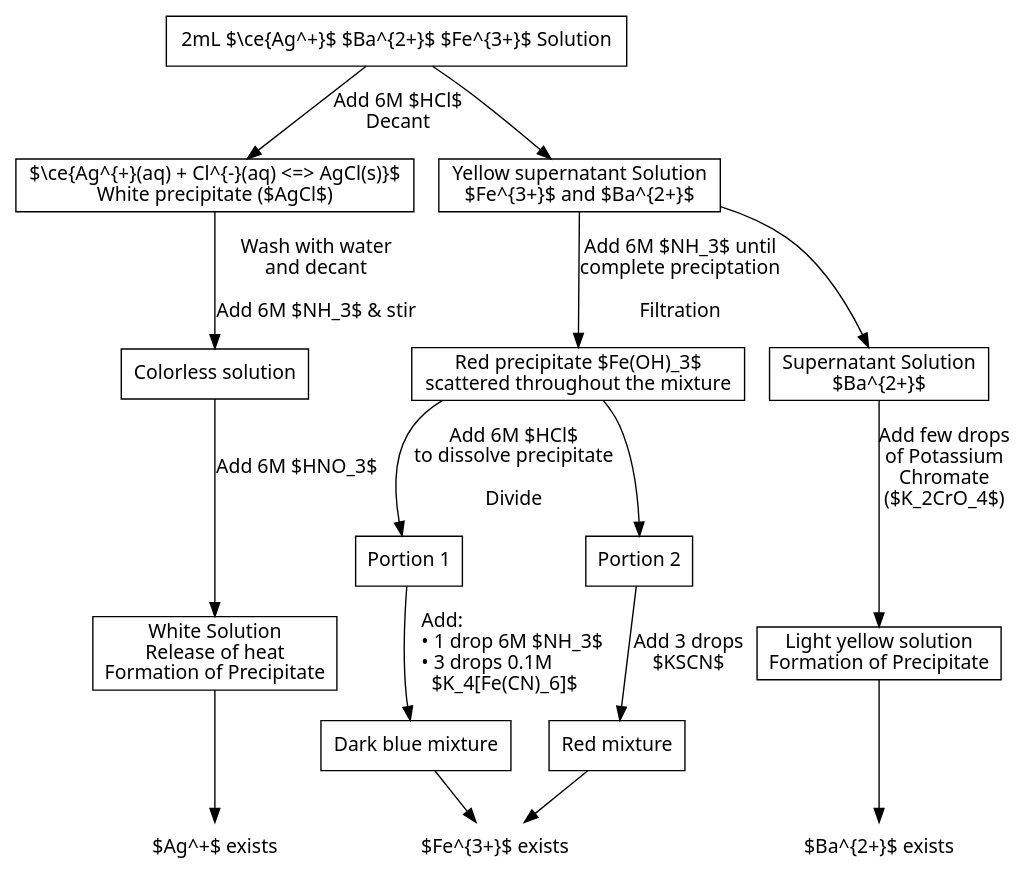
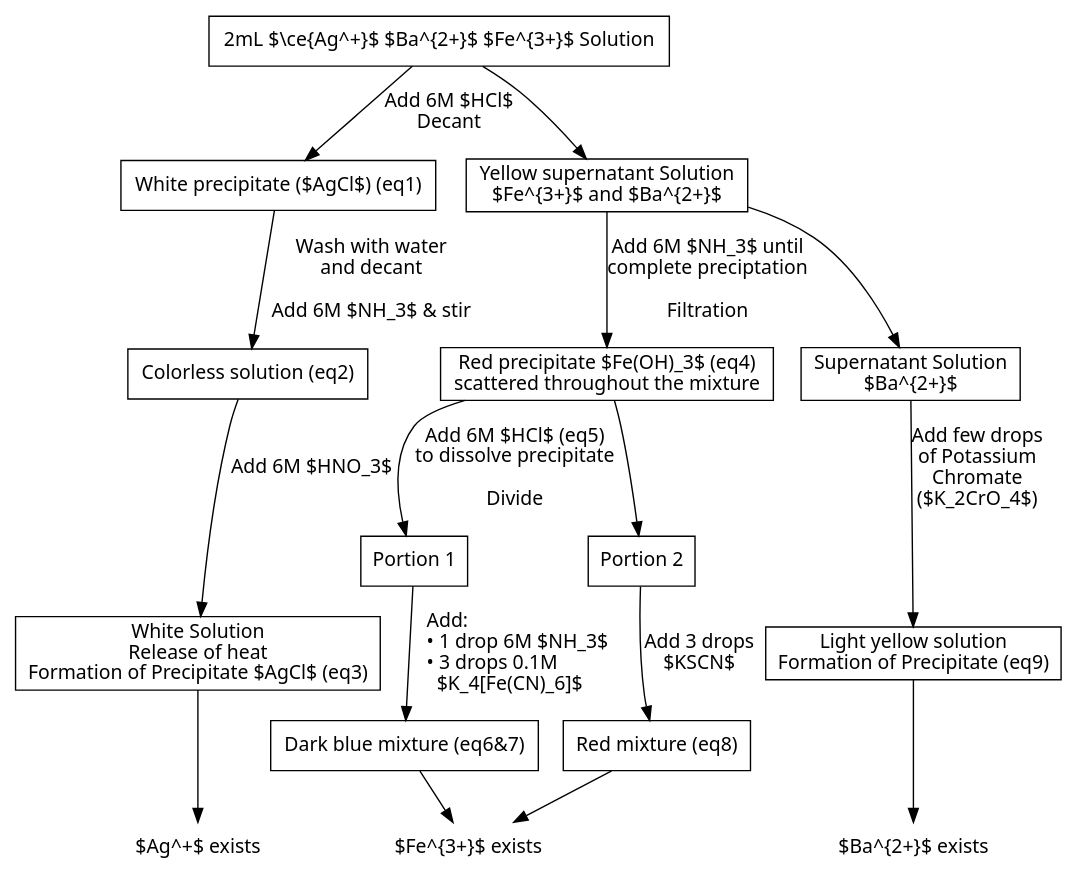
One commit to AlyamanMas/chem241l-00301s changed the diagram in scheme-graph.dot. Above: the diagram before and after it, drawn with Graphviz. The commit also changed 1 other file, not shown here.

```diff
--- a/scheme-graph.dot
+++ b/scheme-graph.dot
@@ -1,56 +1,56 @@
 digraph html {
   node [shape=record fontname="sans"];
   edge [fontname="sans"];
   og [label="2mL $\\ce\{Ag^+\}$ $Ba^\{2+\}$ $Fe^\{3+\}$ Solution"];
 
 
-  ag_p [label="$\\ce\{Ag^\{+\}(aq) + Cl^\{-\}(aq) \<=\> AgCl(s)\}$\nWhite precipitate ($AgCl$)"];
-  ag_p_amm [label="Colorless solution"];
-  ag_p_amm_nit [label="White Solution\nRelease of heat\nFormation of Precipitate"];
+  ag_p [label="White precipitate ($AgCl$) (eq1)"];
+  ag_p_amm [label="Colorless solution (eq2)"];
+  ag_p_amm_nit [label="White Solution\nRelease of heat\nFormation of Precipitate $AgCl$ (eq3)"];
   ag_x [shape="plaintext" label="$Ag^+$ exists"];
 
 
   ag_p         -> ag_p_amm     [label="Wash with water\nand decant\n\nAdd 6M $NH_3$ & stir"];
   ag_p_amm     -> ag_p_amm_nit [label="Add 6M $HNO_3$"];
   ag_p_amm_nit -> ag_x;
 
 
   sup1 [label="Yellow supernatant Solution\n$Fe^\{3+\}$ and $Ba^\{2+\}$"];
-  fe_p [label="Red precipitate $Fe(OH)_3$\nscattered throughout the mixture"];
+  fe_p [label="Red precipitate $Fe(OH)_3$ (eq4)\nscattered throughout the mixture"];
   sup2 [label="Supernatant Solution\n$Ba^\{2+\}$"];
 
   sup1 -> fe_p [label="Add 6M $NH_3$ until\ncomplete preciptation\n\nFiltration\n"];
   sup1 -> sup2;
 
   first [label="" shape="plaintext"];
 
   og -> ag_p [label="Add 6M $HCl$\nDecant"];
   og -> sup1;
 
   fe_p_1 [label="Portion 1"];
   fe_p_2 [label="Portion 2"];
-  fe_p -> fe_p_1 [label="Add 6M $HCl$\nto dissolve precipitate\n\nDivide"];
+  fe_p -> fe_p_1 [label="Add 6M $HCl$ (eq5)\nto dissolve precipitate\n\nDivide"];
   fe_p -> fe_p_2;
 
-  fe_kscn [label="Red mixture"];
-  fe_amm_cya [label="Dark blue mixture"];
+  fe_kscn [label="Red mixture (eq8)"];
+  fe_amm_cya [label="Dark blue mixture (eq6&7)"];
 
   fe_p_1 -> fe_amm_cya [label="    Add:\l    • 1 drop 6M $NH_3$\l    • 3 drops 0.1M\l      $K_4[Fe(CN)_6]$\l"];
   fe_p_2 -> fe_kscn    [label="Add 3 drops\n$KSCN$"];
 
   fe_x [shape="plaintext" label="$Fe^\{3+\}$ exists"];
 
   {fe_kscn fe_amm_cya} -> fe_x;
 
 
-  ba_sol [label="Light yellow solution\nFormation of Precipitate"];
+  ba_sol [label="Light yellow solution\nFormation of Precipitate (eq9)"];
   sup2 -> ba_sol [label="Add few drops\nof Potassium\nChromate\n($K_2CrO_4$)"];
   ba_x [label="$Ba^\{2+\}$ exists" shape="plaintext"];
   ba_sol -> ba_x;
 
   {rank=same ba_x fe_x ag_x}
 
 
 
 
 }
```
